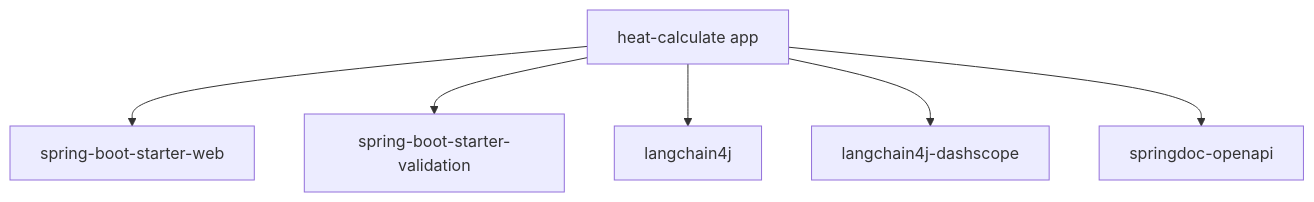
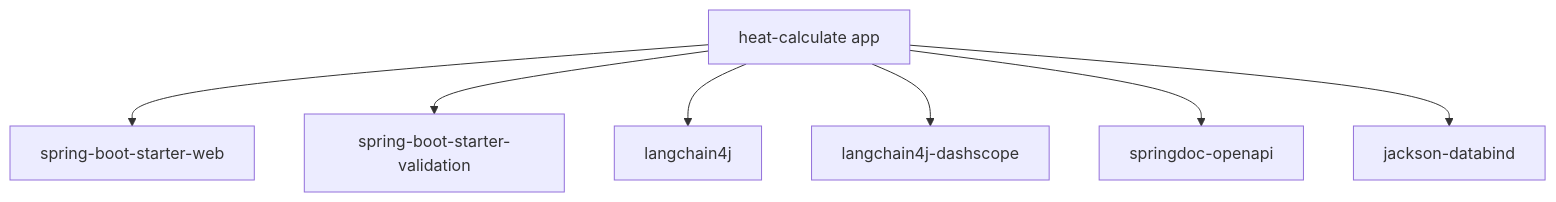
One commit to Meng-hh/heat_calculate changed diagram 13 of 13 in .qoder/repowiki/en/content/AI Integration.md. Above: the diagram before and after it, drawn with Mermaid. The commit also changed other lines of this file and 25 other files, not shown here.

````diff
--- a/.qoder/repowiki/en/content/AI Integration.md
+++ b/.qoder/repowiki/en/content/AI Integration.md
@@ -285,8 +482,9 @@
 ```mermaid
 graph TB
 App["heat-calculate app"] --> Web["spring-boot-starter-web"]
 App --> Validation["spring-boot-starter-validation"]
 App --> LangCore["langchain4j"]
 App --> DashScope["langchain4j-dashscope"]
 App --> OpenAPI["springdoc-openapi"]
+App --> Jackson["jackson-databind"]
 ```
````
